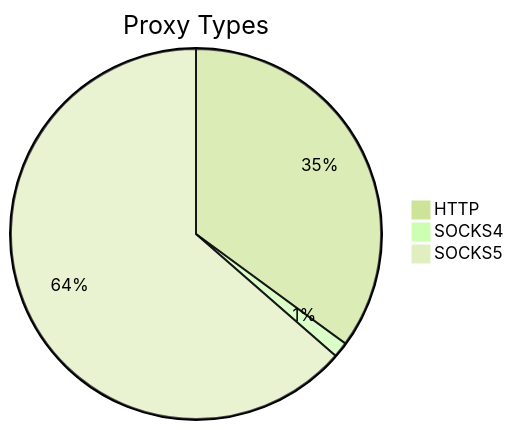
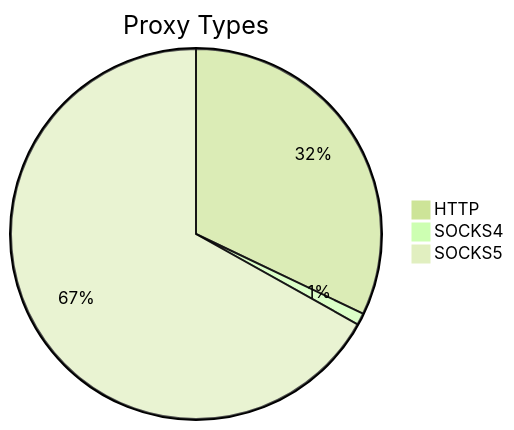
One commit to stormsia/proxy-list changed the first of 2 diagrams in README.md. Above: the diagram before and after it, drawn with Mermaid (forest theme). The commit also changed other lines of this file, not shown here.

````diff
--- a/README.md
+++ b/README.md
@@ -21,6 +21,6 @@
 ```mermaid
 pie title Proxy Types
-    "HTTP" : 1118
-    "SOCKS4" : 43
-    "SOCKS5" : 2027
+    "HTTP" : 1023
+    "SOCKS4" : 33
+    "SOCKS5" : 2133
 ```
````
